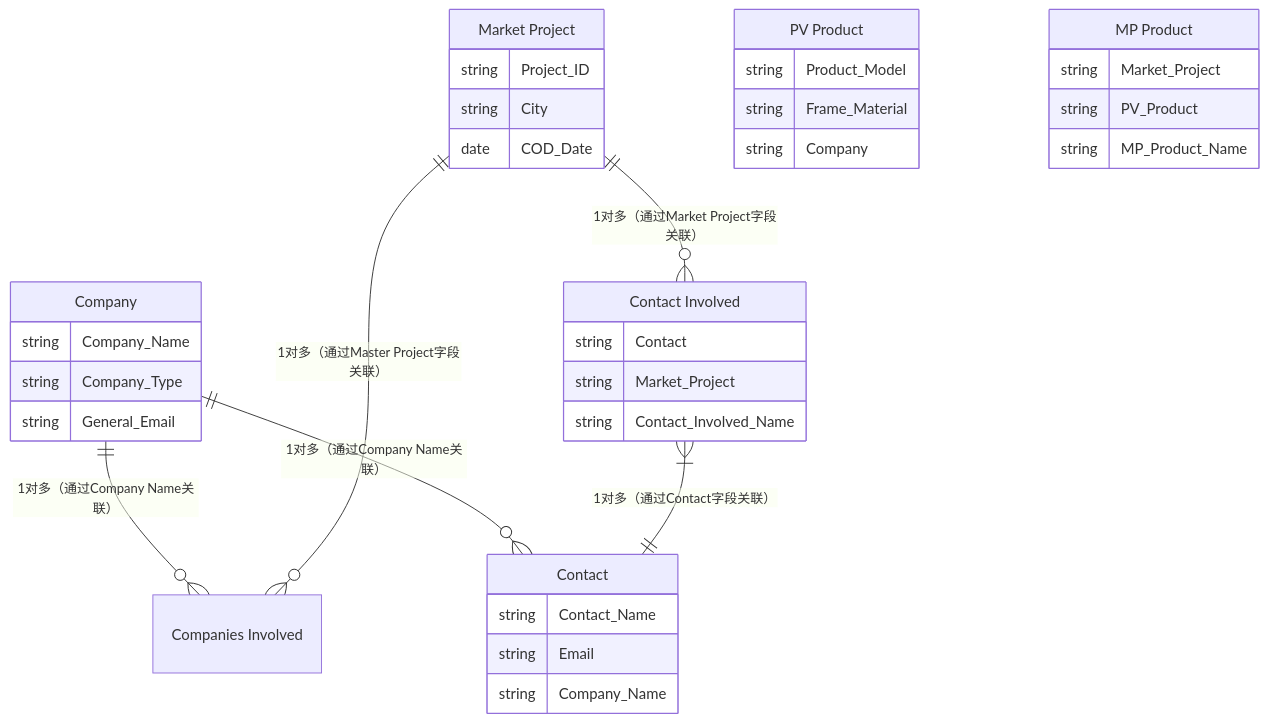
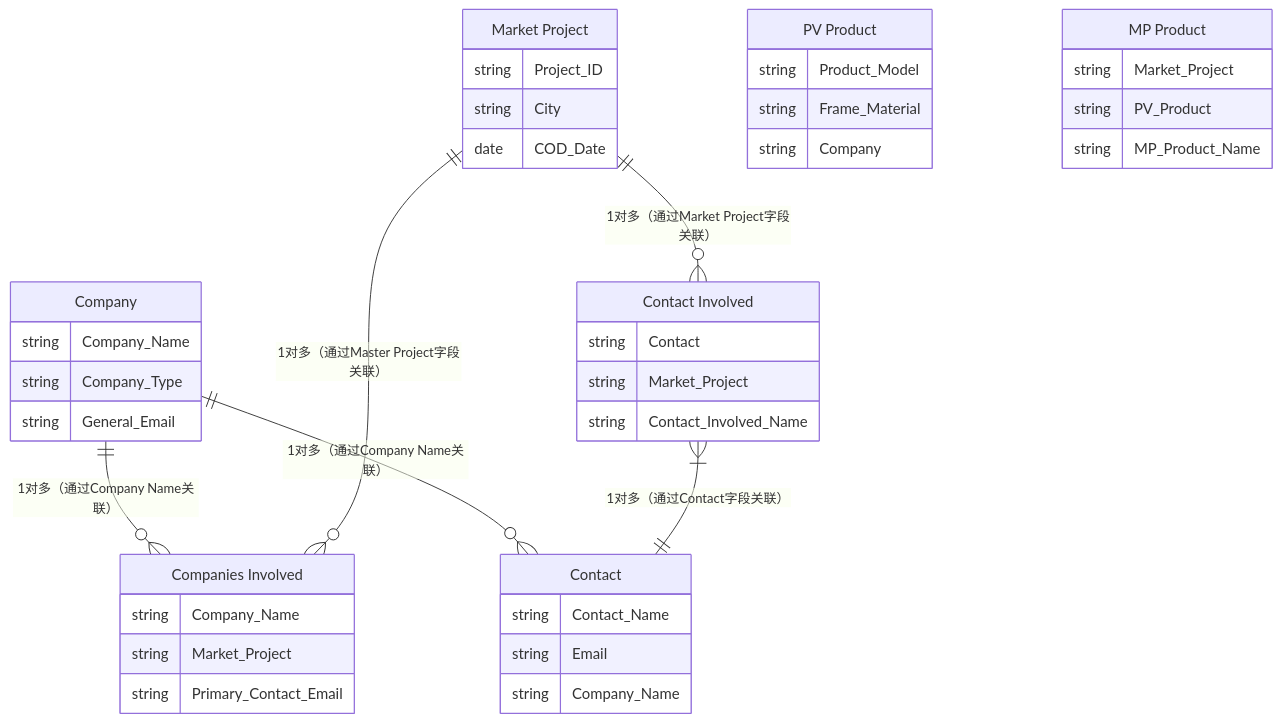
The diagram in all/Norden数据E-R图(7个对象，+contact).md (zhangziru-33/iodraw-files), drawn with Mermaid before and after one commit.

Commit message:
2025-12-04 14:30:55 update

````diff
--- a/all/Norden数据E-R图(7个对象，+contact).md
+++ b/all/Norden数据E-R图(7个对象，+contact).md
@@ -1,51 +1,52 @@
 ```mermaid
 erDiagram
     %% -- 核心主实体优先声明，放在左侧/顶部
-    
     Company {
         string Company_Name
         string Company_Type
         string General_Email
     }
     "Market Project" {
         string Project_ID
         string City
         date COD_Date
     }
-    
 
     %% -- 关联实体次之，围绕主实体排布
     Contact {
         string Contact_Name
         string Email
         string Company_Name
     }
     "PV Product" {
         string Product_Model
         string Frame_Material
         string Company
     }
-    
 
     %% -- 中间关联层最后声明，放在右侧/底部
-    
+    "Companies Involved" {
+        string Company_Name
+        string Market_Project
+        string Primary_Contact_Email
+    }
     "Contact Involved" {
         string Contact
         string Market_Project
         string Contact_Involved_Name
     }
     "MP Product" {
         string Market_Project
         string PV_Product
         string MP_Product_Name
     }
     Company ||--o{ "Companies Involved" : "1对多（通过Company Name关联）"
     %% Company ||--o{ "PV Product" : "1对多（通过Company字段关联）"
     Company ||--o{ "Contact" : "1对多（通过Company Name关联）"
     "Market Project" ||--o{ "Companies Involved" : "1对多（通过Master Project字段关联）"
     "Market Project" ||--o{ "Contact Involved" : "1对多（通过Market Project字段关联）"
     %% "Market Project" ||--o{ "MP Product" : "1对多（通过Market Project字段关联）"
     %% "MP Product" }|--|| "PV Product" : "多对1（通过产品参数关联，如Frame Material）"
     "Contact Involved" }|--|| "Contact" : "1对多（通过Contact字段关联）"
     %% Contact ||--o{ "Conatct Involved" : "1对多（通过Conatct字段关联）"
 ```
````
